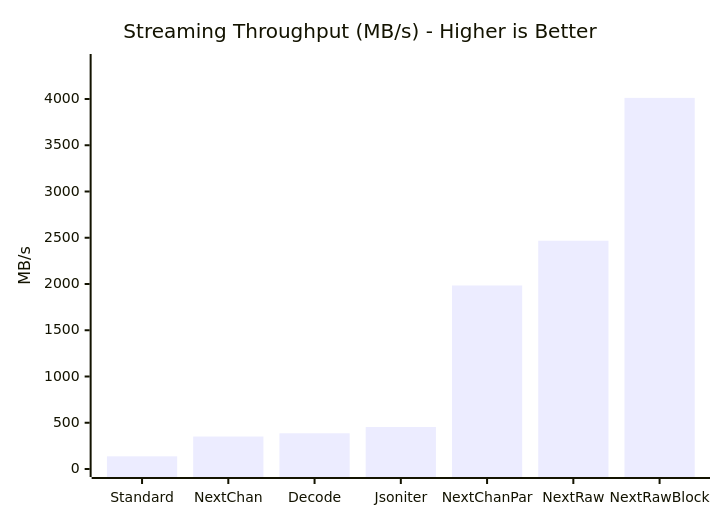
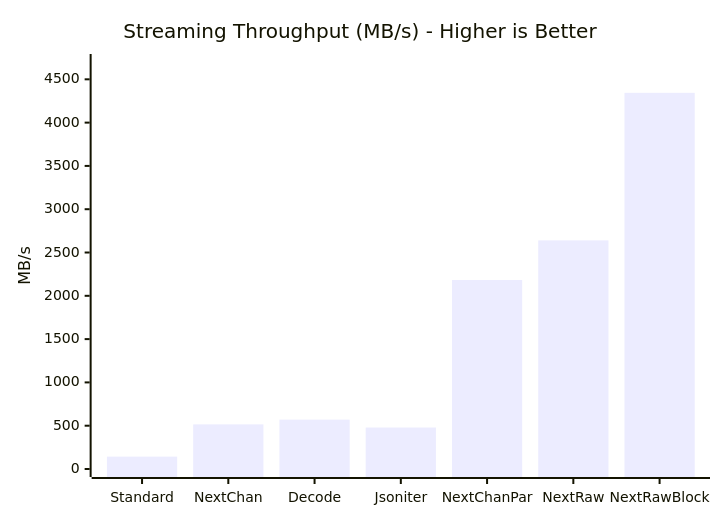
Before and after one commit to GenshIv/silentjson: the third of 5 diagrams in README.md, drawn with Mermaid. The commit also changed other lines of this file and 7 other files, not shown here.

````diff
--- a/README.md
+++ b/README.md
@@ -192,7 +192,7 @@
 ```mermaid
 xychart-beta
     title "Streaming Throughput (MB/s) - Higher is Better"
     x-axis ["Standard", "NextChan", "Decode", "Jsoniter", "NextChanPar", "NextRaw", "NextRawBlock"]
-    y-axis "MB/s" 0 --> 4400
-    bar [137, 351, 386, 454, 1984, 2468, 4012]
+    y-axis "MB/s" 0 --> 4700
+    bar [143, 515, 570, 479, 2182, 2640, 4344]
 ```
````
